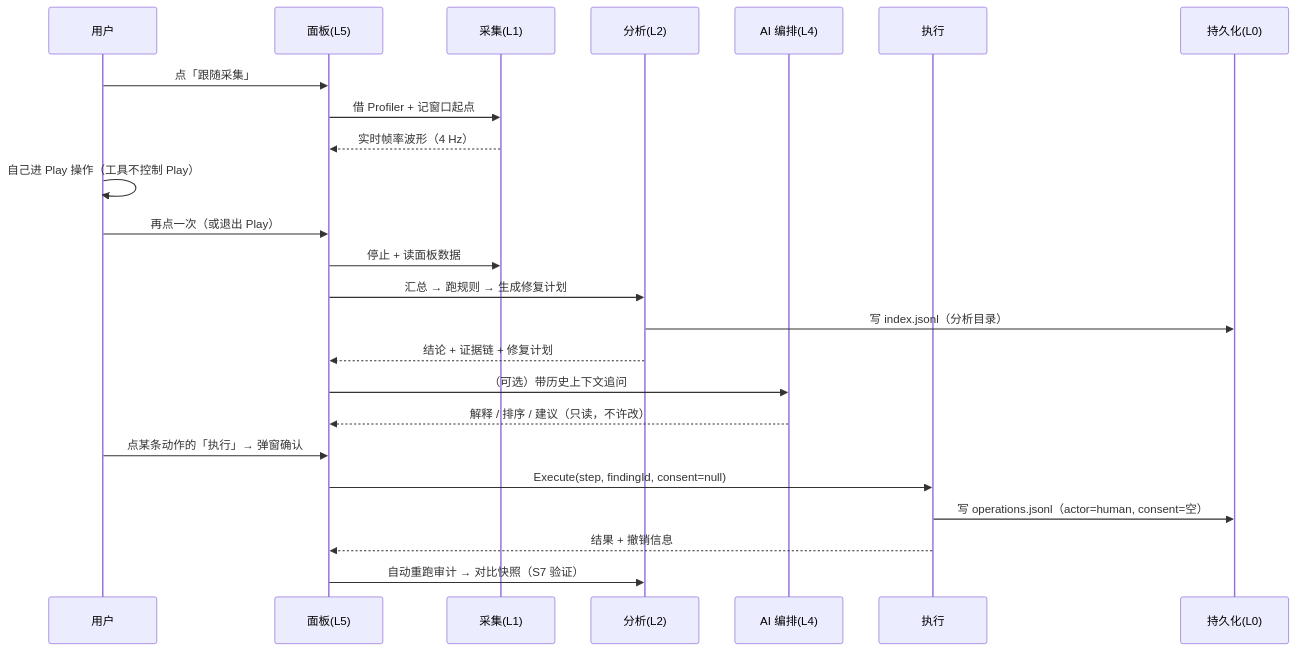
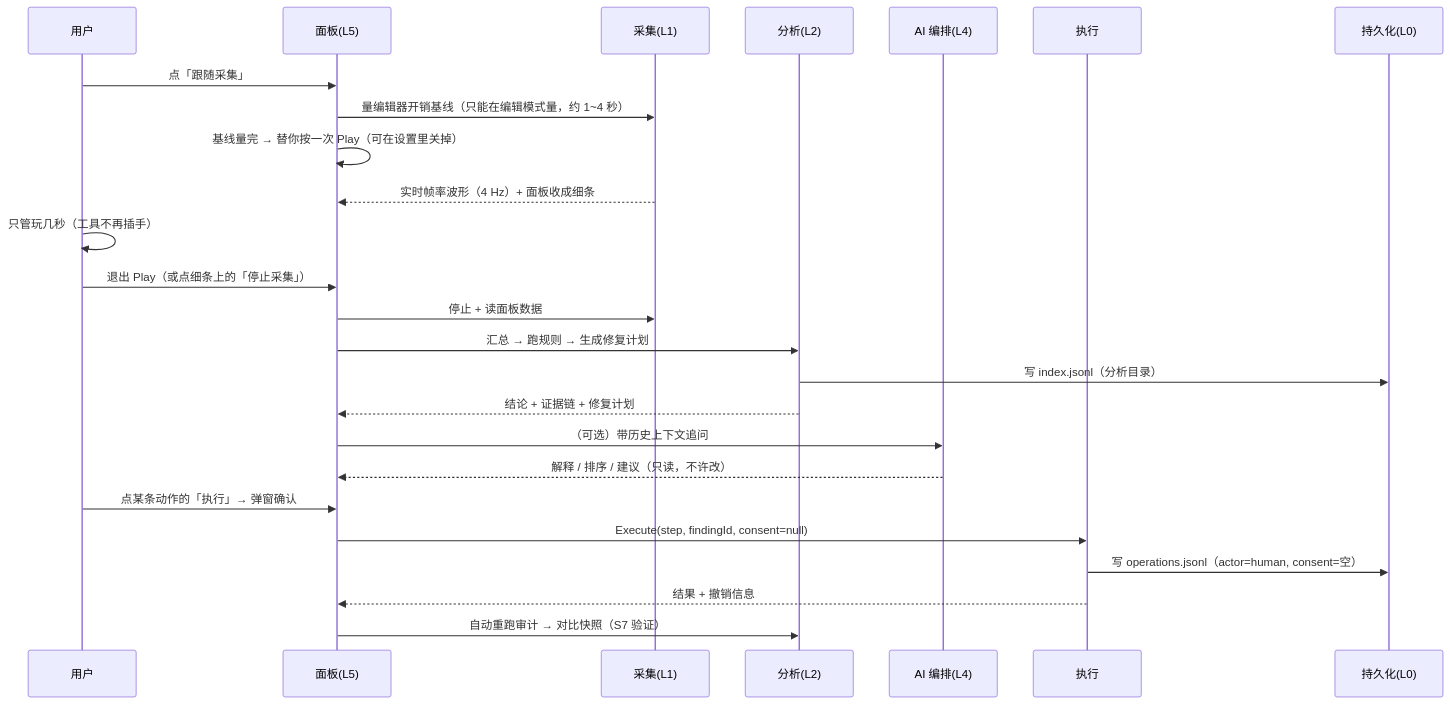
The diagram in Assets/PerfAgent/架构与SOP.md (MothCyan/PerfAgent-Unity), drawn with Mermaid before and after one commit. The commit also changed other lines of this file and 2 other files, not shown here.

Commit message:
自动进 Play 收尾：编译中不再硬按 Play，文档与 SOP 同步
补上一轮（7b65163）漏掉的三处：

- FollowCapture.TryAutoEnterPlay：编辑器正在编译/刷新资源时不再硬按 Play（那种情况下 isPlaying = true
  会被忽略或排队到不确定的时刻），改为打一条 Warning 告诉用户自己按一次 —— _armed 还在，进 Play 后照样自动开始记录。
- 包 README 的跟随采集一节：把「它不控制 Play 模式」改成现在的真实行为 ——
  面板按钮会先量基线再自动替你进 Play（可在设置关掉），并保住那条设计边界：
  **「自动进 Play」只属于人类按钮，MCP / AI 侧没有进 Play 的入口**；工具只替你按一下 Play，不干预任何操作。
- 包 README 的快速流程代码块与 perf_follow_capture_start 的描述同步；
  SOP 的时序图、AI SOP 表 S2、验收表（86 项 + AutoPlayGate 一行）同步。

验证：离线回归 86/86、插件离线编译 exit=0。

````diff
--- a/Assets/PerfAgent/架构与SOP.md
+++ b/Assets/PerfAgent/架构与SOP.md
@@ -64,27 +64,28 @@
 ```mermaid
 sequenceDiagram
     participant U as 用户
     participant W as 面板(L5)
     participant C as 采集(L1)
     participant A as 分析(L2)
     participant AI as AI 编排(L4)
     participant X as 执行
     participant G as 持久化(L0)
 
     U->>W: 点「跟随采集」
-    W->>C: 借 Profiler + 记窗口起点
-    C-->>W: 实时帧率波形（4 Hz）
-    U->>U: 自己进 Play 操作（工具不控制 Play）
-    U->>W: 再点一次（或退出 Play）
+    W->>C: 量编辑器开销基线（只能在编辑模式量，约 1~4 秒）
+    W->>W: 基线量完 → 替你按一次 Play（可在设置里关掉）
+    C-->>W: 实时帧率波形（4 Hz）+ 面板收成细条
+    U->>U: 只管玩几秒（工具不再插手）
+    U->>W: 退出 Play（或点细条上的「停止采集」）
     W->>C: 停止 + 读面板数据
     W->>A: 汇总 → 跑规则 → 生成修复计划
     A->>G: 写 index.jsonl（分析目录）
     A-->>W: 结论 + 证据链 + 修复计划
     W->>AI: （可选）带历史上下文追问
     AI-->>W: 解释 / 排序 / 建议（只读，不许改）
     U->>W: 点某条动作的「执行」→ 弹窗确认
     W->>X: Execute(step, findingId, consent=null)
     X->>G: 写 operations.jsonl（actor=human, consent=空）
     X-->>W: 结果 + 撤销信息
     W->>A: 自动重跑审计 → 对比快照（S7 验证）
 ```
````
